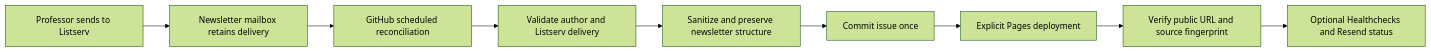
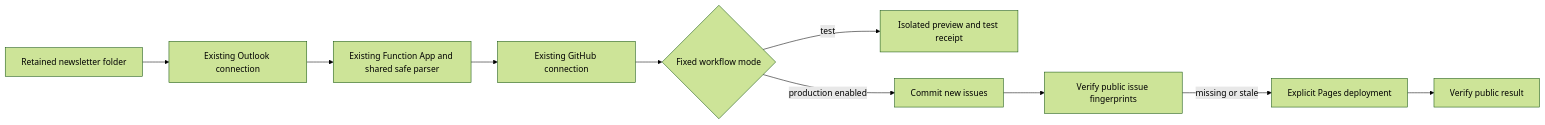
The diagram in docs/newsletter-publishing.md (PrincetonUniversity/smartdrivingcar), drawn with Mermaid (forest theme) before and after one commit. The commit also changed other lines of this file and 27 other files, not shown here.

Commit message:
Reconcile newsletters through existing Azure connectors with isolated test receipts

````diff
--- a/docs/newsletter-publishing.md
+++ b/docs/newsletter-publishing.md
@@ -17,11 +39,12 @@
 ```mermaid
 flowchart LR
-  A[Professor sends to Listserv] --> B[Newsletter mailbox retains delivery]
-  B --> C[GitHub scheduled reconciliation]
-  C --> D[Validate author and Listserv delivery]
-  D --> E[Sanitize and preserve newsletter structure]
-  E --> F[Commit issue once]
-  F --> G[Explicit Pages deployment]
-  G --> H[Verify public URL and source fingerprint]
-  H --> I[Optional Healthchecks and Resend status]
+  Mail[Retained newsletter folder] --> Read[Existing Outlook connection]
+  Read --> Parse[Existing Function App and shared safe parser]
+  Parse --> Dispatch[Existing GitHub connection]
+  Dispatch --> Mode{Fixed workflow mode}
+  Mode -->|test| Preview[Isolated preview and test receipt]
+  Mode -->|production enabled| Commit[Commit new issues]
+  Commit --> Verify[Verify public issue fingerprints]
+  Verify -->|missing or stale| Deploy[Explicit Pages deployment]
+  Deploy --> Confirm[Verify public result]
 ```
````
